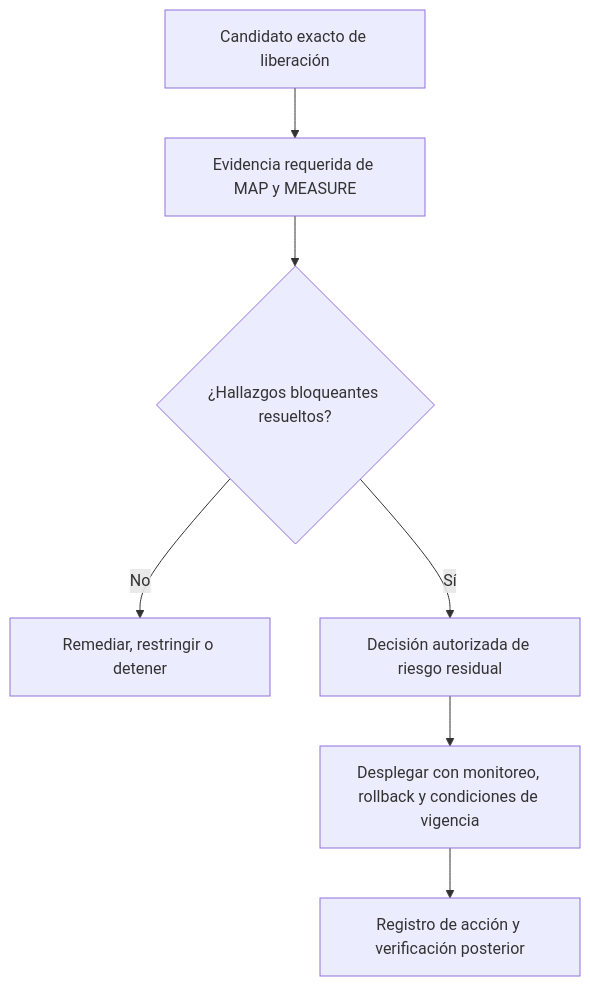
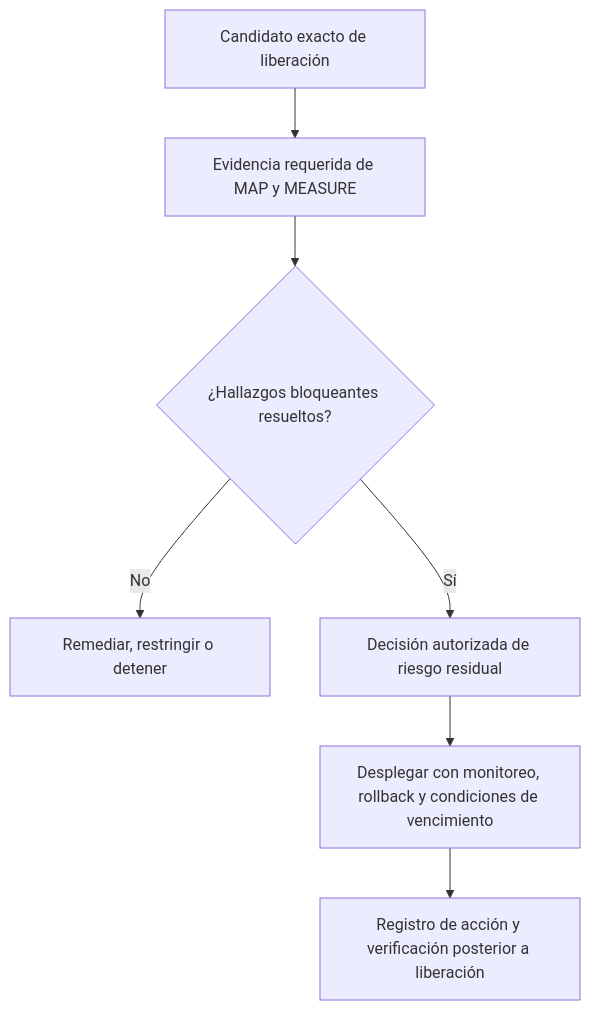
Before and after one commit to Chpmunk31456/GRC-Practical-Manuals: the second of 3 diagrams in 01-foundations/NIST_AI_RMF_1.0/es-419/source/04_MANAGE_CHAPTERS_25_32.md, drawn with Mermaid. The commit also changed other lines of this file, not shown here.

````diff
--- a/01-foundations/NIST_AI_RMF_1.0/es-419/source/04_MANAGE_CHAPTERS_25_32.md
+++ b/01-foundations/NIST_AI_RMF_1.0/es-419/source/04_MANAGE_CHAPTERS_25_32.md
@@ -60,9 +170,9 @@
 ```mermaid
 flowchart TD
     A["Candidato exacto de liberación"] --> B["Evidencia requerida de MAP y MEASURE"]
     B --> C{"¿Hallazgos bloqueantes resueltos?"}
     C -->|"No"| D["Remediar, restringir o detener"]
     C -->|"Sí"| E["Decisión autorizada de riesgo residual"]
-    E --> F["Desplegar con monitoreo, rollback y condiciones de vigencia"]
-    F --> G["Registro de acción y verificación posterior"]
+    E --> F["Desplegar con monitoreo, rollback y condiciones de vencimiento"]
+    F --> G["Registro de acción y verificación posterior a liberación"]
 ```
````
